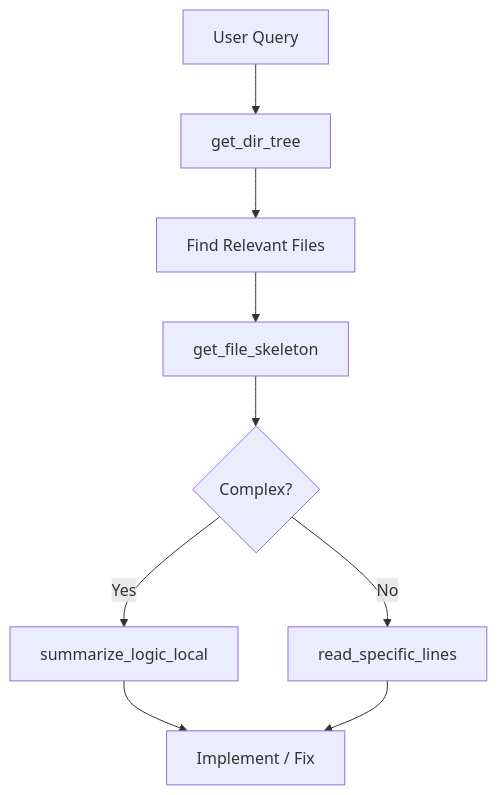
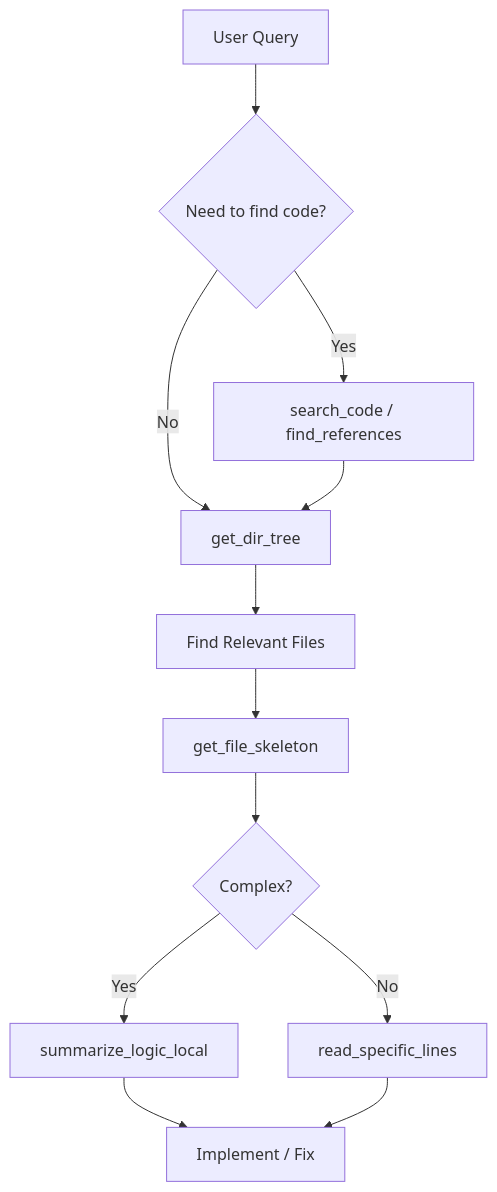
Before and after one commit to nqhuy44/xalpha-researcher: the diagram in .agent/skills/mcp-radar-ast/SKILL.md, drawn with Mermaid. The commit also changed other lines of this file and 48 other files, not shown here.

````diff
--- a/.agent/skills/mcp-radar-ast/SKILL.md
+++ b/.agent/skills/mcp-radar-ast/SKILL.md
@@ -33,11 +41,14 @@
 ```mermaid
 graph TD
-    Start[User Query] --> Tree[get_dir_tree]
+    Start[User Query] --> Search{Need to find code?}
+    Search -- Yes --> SearchCode[search_code / find_references]
+    Search -- No --> Tree[get_dir_tree]
+    SearchCode --> Tree
     Tree --> Find[Find Relevant Files]
     Find --> Skeleton[get_file_skeleton]
     Skeleton --> Decide{Complex?}
     Decide -- Yes --> Summarize[summarize_logic_local]
     Decide -- No --> Read[read_specific_lines]
     Summarize --> Apply[Implement / Fix]
     Read --> Apply
 ```
````
